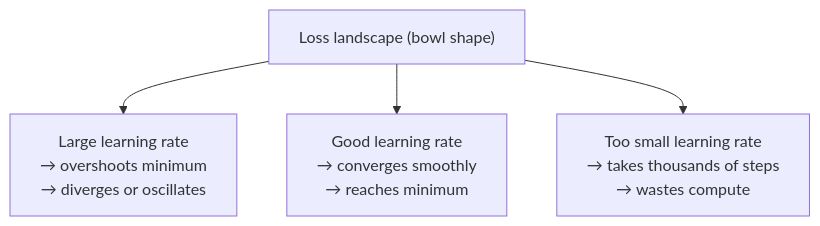
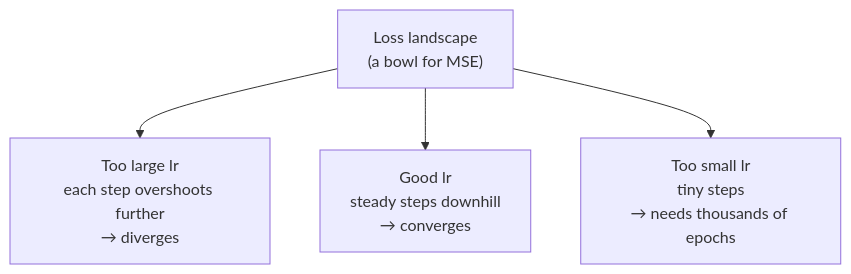
Before and after one commit to Paulmburu/ai-crop-disease-platform: the fourth of 11 diagrams in docs/PHASE_1_ML_THEORY_AND_DATA.md, drawn with Mermaid. The commit also changed other lines of this file and 7 other files, not shown here.

````diff
--- a/docs/PHASE_1_ML_THEORY_AND_DATA.md
+++ b/docs/PHASE_1_ML_THEORY_AND_DATA.md
@@ -434,6 +375,6 @@
 ```mermaid
-graph TD
-    A["Loss landscape (bowl shape)"] --> B["Large learning rate\n→ overshoots minimum\n→ diverges or oscillates"]
-    A --> C["Good learning rate\n→ converges smoothly\n→ reaches minimum"]
-    A --> D["Too small learning rate\n→ takes thousands of steps\n→ wastes compute"]
+flowchart TD
+    A["Loss landscape<br/>(a bowl for MSE)"] --> B["Too large lr<br/>each step overshoots further<br/>→ diverges"]
+    A --> C["Good lr<br/>steady steps downhill<br/>→ converges"]
+    A --> D["Too small lr<br/>tiny steps<br/>→ needs thousands of epochs"]
 ```
````
